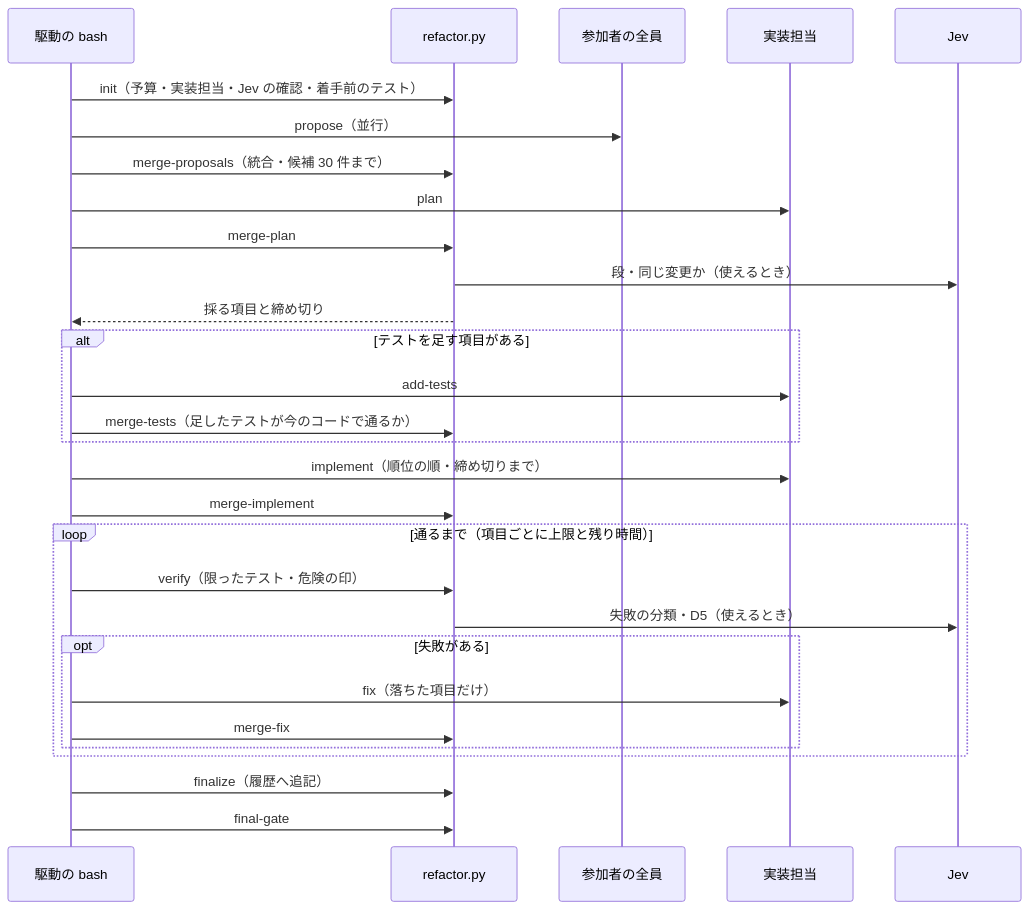
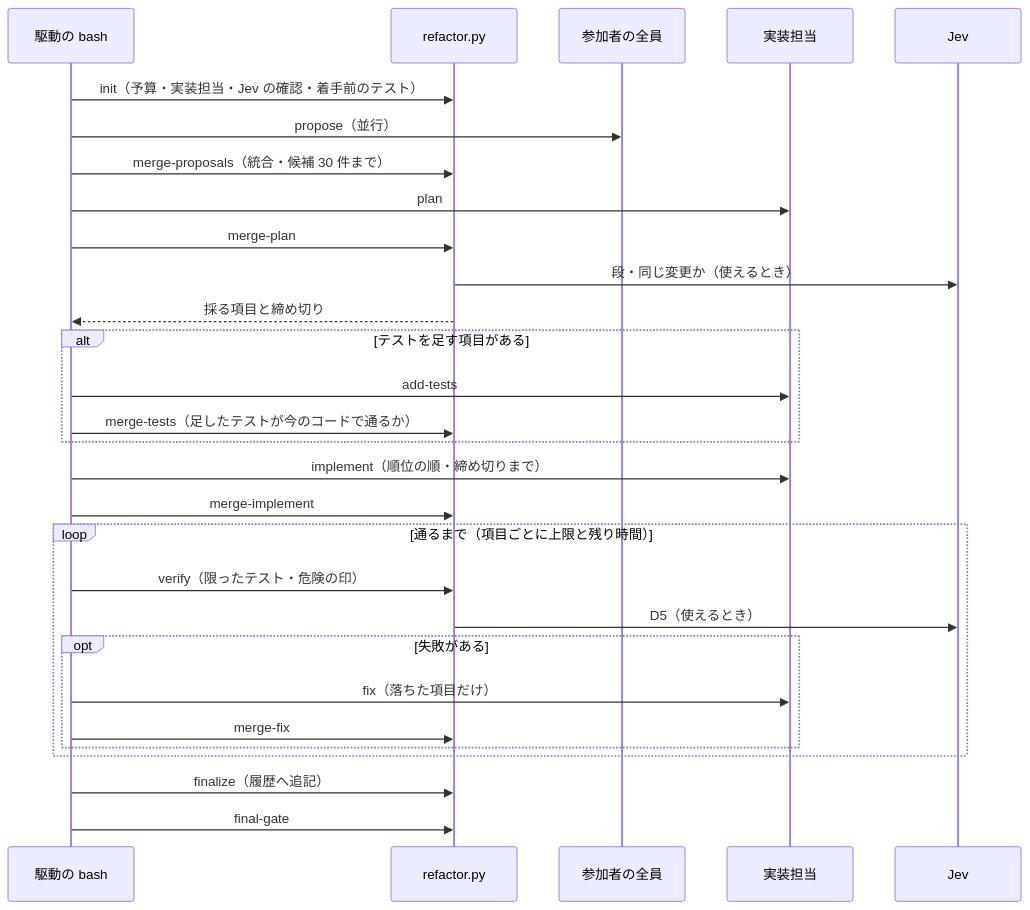
The second of 3 diagrams in issues/issue-933-design.md (devbasex/ai-plugins), drawn with Mermaid before and after one commit. The commit also changed other lines of this file and 2 other files, not shown here.

````diff
--- a/issues/issue-933-design.md
+++ b/issues/issue-933-design.md
@@ -300,31 +301,31 @@
 ```mermaid
 sequenceDiagram
   participant D as 駆動の bash
   participant R as refactor.py
   participant P as 参加者の全員
   participant I as 実装担当
   participant J as Jev
   D->>R: init（予算・実装担当・Jev の確認・着手前のテスト）
   D->>P: propose（並行）
   D->>R: merge-proposals（統合・候補 30 件まで）
   D->>I: plan
   D->>R: merge-plan
   R->>J: 段・同じ変更か（使えるとき）
   R-->>D: 採る項目と締め切り
   alt テストを足す項目がある
     D->>I: add-tests
     D->>R: merge-tests（足したテストが今のコードで通るか）
   end
   D->>I: implement（順位の順・締め切りまで）
   D->>R: merge-implement
   loop 通るまで（項目ごとに上限と残り時間）
     D->>R: verify（限ったテスト・危険の印）
-    R->>J: 失敗の分類・D5（使えるとき）
+    R->>J: D5（使えるとき）
     opt 失敗がある
       D->>I: fix（落ちた項目だけ）
       D->>R: merge-fix
     end
   end
   D->>R: finalize（履歴へ追記）
   D->>R: final-gate
 ```
````
